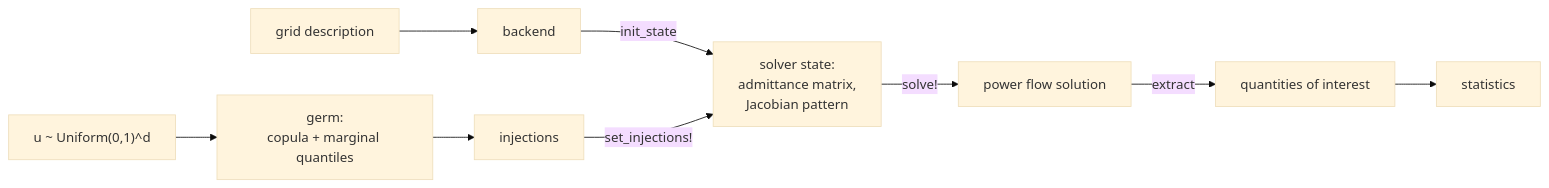
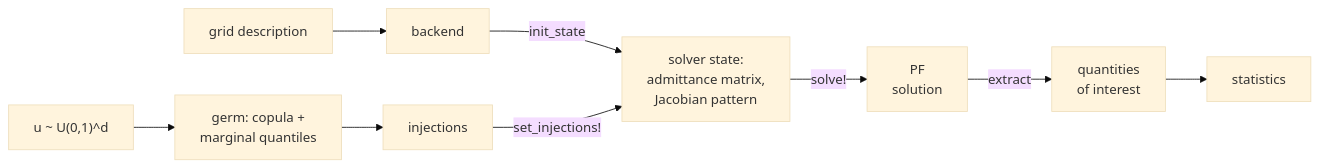
Before and after one commit to langestefan/ProbabilisticPowerFlow.jl: the diagram in README.md, drawn with Mermaid (base theme). The commit also changed 1 other file, not shown here.

Commit message:
Make diagram less wide

````diff
--- a/README.md
+++ b/README.md
@@ -24,11 +24,11 @@
 ```mermaid
 flowchart LR
-    U["u ~ Uniform(0,1)^d"] --> G["germ:<br/>copula + marginal quantiles"]
+    U["u ~ U(0,1)^d"] --> G["germ: copula + <br/>marginal quantiles"]
     G --> I["injections"]
     D["grid description"] --> B["backend"]
     B -->|"init_state"| ST["solver state:<br/>admittance matrix,<br/>Jacobian pattern"]
     I -->|"set_injections!"| ST
-    ST -->|"solve!"| PF["power flow solution"]
-    PF -->|"extract"| Q["quantities of interest"]
+    ST -->|"solve!"| PF["PF <br/> solution"]
+    PF -->|"extract"| Q["quantities <br/>of interest"]
     Q --> S["statistics"]
 ```
````
